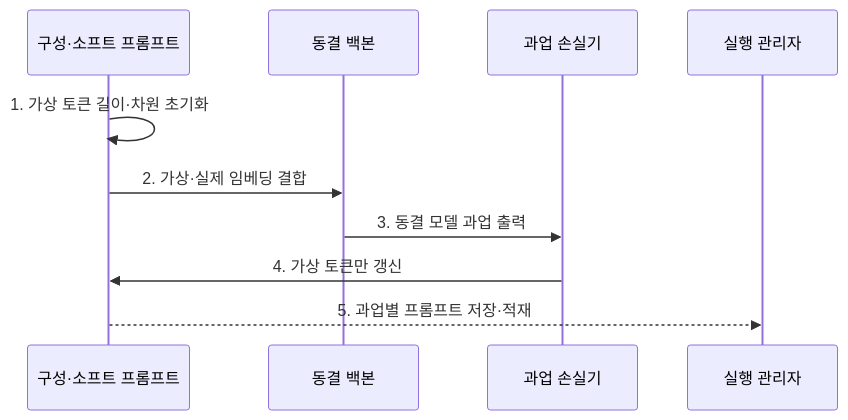
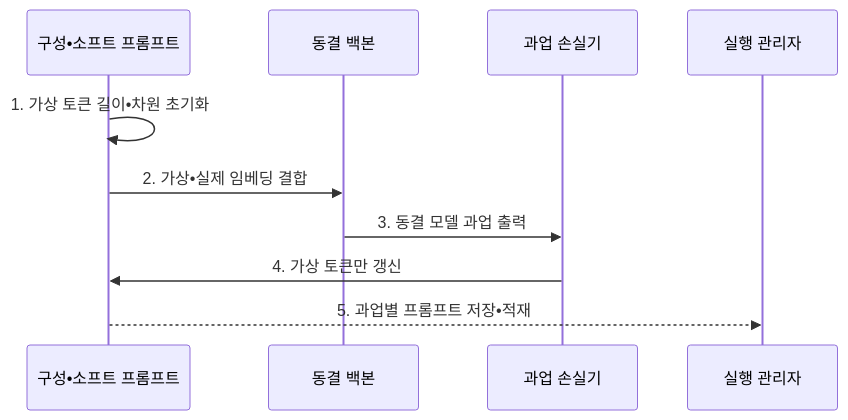
Before and after one commit to agnusdei1207/knowledge-base: the second of 2 diagrams in src/content/docs/notes/08-latest-tech/064_prompt_tuning.md, drawn with Mermaid. The commit also changed other lines of this file and 953 other files, not shown here.

````diff
--- a/src/content/docs/notes/08-latest-tech/064_prompt_tuning.md
+++ b/src/content/docs/notes/08-latest-tech/064_prompt_tuning.md
@@ -101,12 +101,12 @@
 ```mermaid
 sequenceDiagram
-    participant P as 구성·소프트 프롬프트
+    participant P as 구성•소프트 프롬프트
     participant B as 동결 백본
     participant L as 과업 손실기
     participant R as 실행 관리자
-    P->>P: 1. 가상 토큰 길이·차원 초기화
-    P->>B: 2. 가상·실제 임베딩 결합
+    P->>P: 1. 가상 토큰 길이•차원 초기화
+    P->>B: 2. 가상•실제 임베딩 결합
     B->>L: 3. 동결 모델 과업 출력
     L->>P: 4. 가상 토큰만 갱신
-    P-->>R: 5. 과업별 프롬프트 저장·적재
+    P-->>R: 5. 과업별 프롬프트 저장•적재
 ```
````
